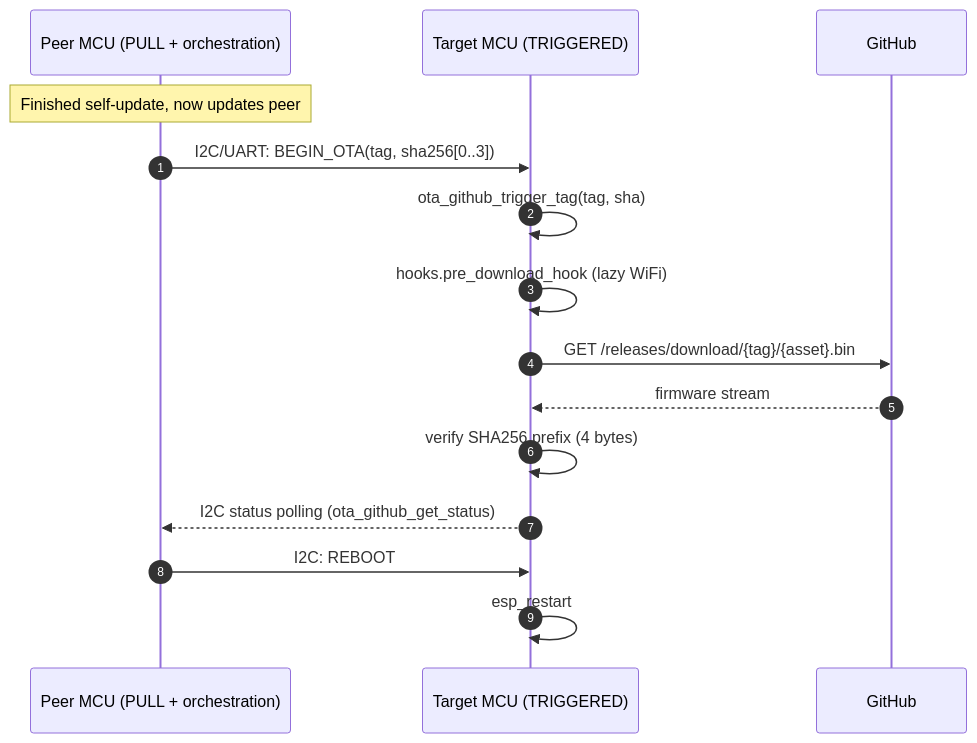
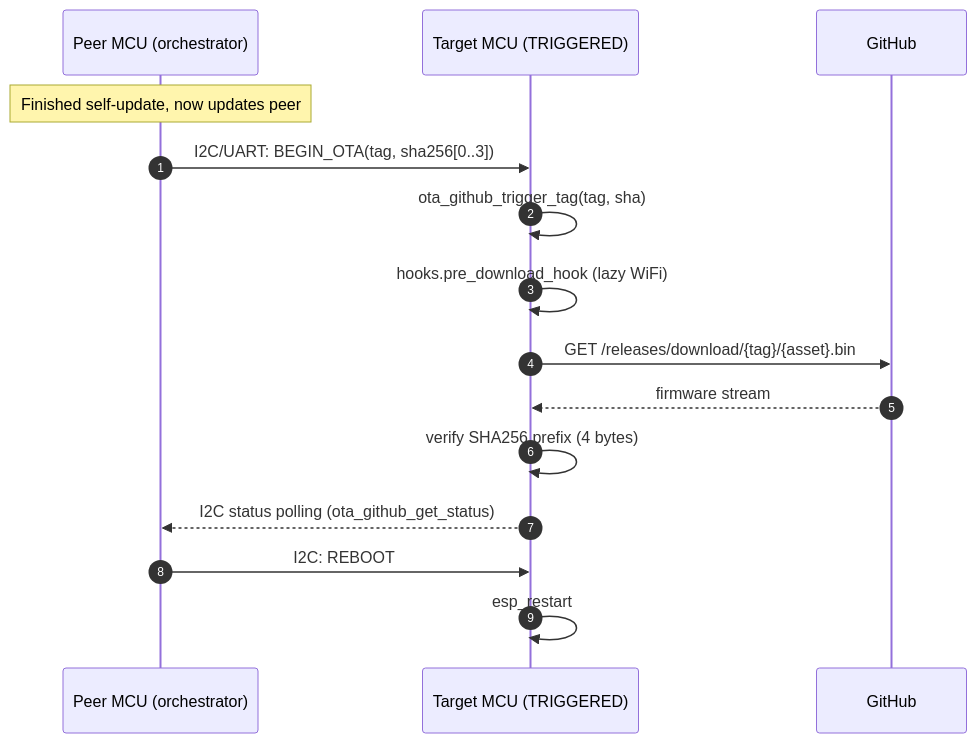
One commit to laurigates/mcu-tinkering-lab changed the diagram in packages/components/ota-github/docs/diagrams/sequence-triggered.mmd. Above: the diagram before and after it, drawn with Mermaid. The commit also changed 18 other files, not shown here.

```diff
--- a/packages/components/ota-github/docs/diagrams/sequence-triggered.mmd
+++ b/packages/components/ota-github/docs/diagrams/sequence-triggered.mmd
@@ -1,16 +1,16 @@
 sequenceDiagram
     autonumber
-    participant Orchestrator as Peer MCU (PULL + orchestration)
+    participant Orchestrator as Peer MCU (orchestrator)
     participant Target as Target MCU (TRIGGERED)
     participant GitHub
 
     Note over Orchestrator: Finished self-update, now updates peer
     Orchestrator->>Target: I2C/UART: BEGIN_OTA(tag, sha256[0..3])
     Target->>Target: ota_github_trigger_tag(tag, sha)
     Target->>Target: hooks.pre_download_hook (lazy WiFi)
     Target->>GitHub: GET /releases/download/{tag}/{asset}.bin
     GitHub-->>Target: firmware stream
     Target->>Target: verify SHA256 prefix (4 bytes)
     Target-->>Orchestrator: I2C status polling (ota_github_get_status)
     Orchestrator->>Target: I2C: REBOOT
     Target->>Target: esp_restart
```
